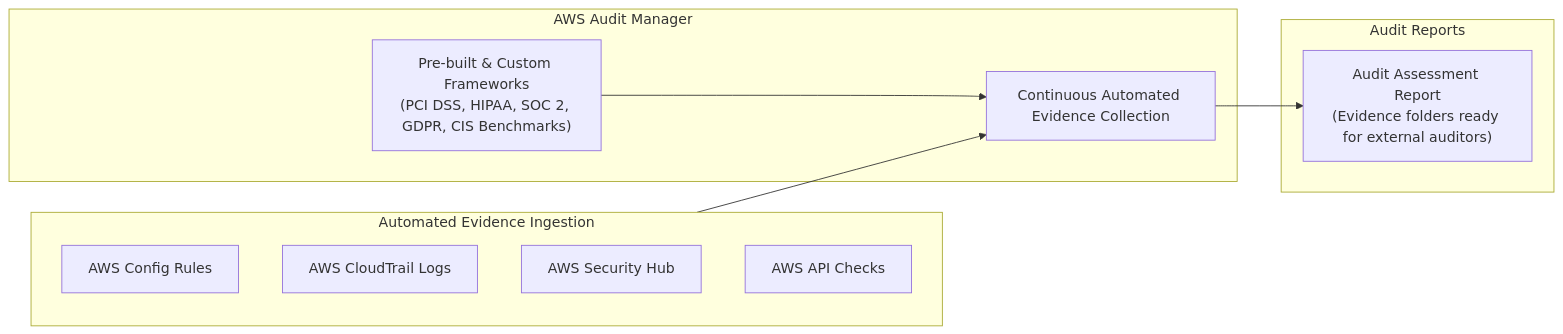
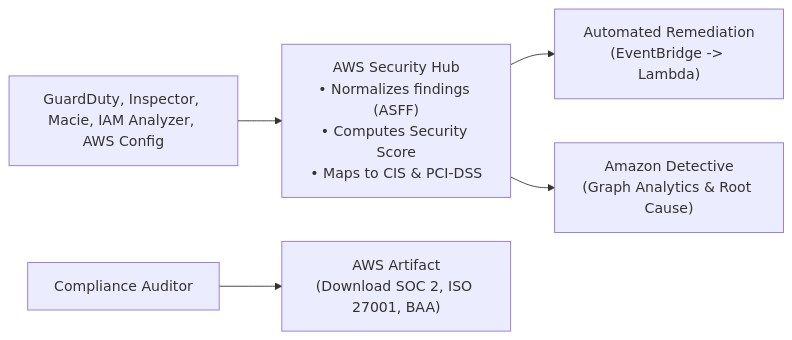
Before and after one commit to fakhruldeen/AWS: the third of 3 diagrams in Cloud/Practitioner/CLF-C02/06_Explanations/02_Security_and_Compliance/Threat_Detection_and_Compliance.md, drawn with Mermaid. The commit also changed other lines of this file and 18 other files, not shown here.

````diff
--- a/Cloud/Practitioner/CLF-C02/06_Explanations/02_Security_and_Compliance/Threat_Detection_and_Compliance.md
+++ b/Cloud/Practitioner/CLF-C02/06_Explanations/02_Security_and_Compliance/Threat_Detection_and_Compliance.md
@@ -167,22 +121,9 @@
 ```mermaid
 flowchart LR
-    subgraph EvidenceSources ["Automated Evidence Ingestion"]
-        Config["AWS Config Rules"]
-        CloudTrail["AWS CloudTrail Logs"]
-        SecurityHub["AWS Security Hub"]
-        APIs["AWS API Checks"]
-    end
-
-    subgraph AuditEngine ["AWS Audit Manager"]
-        Frameworks["Pre-built & Custom Frameworks\n(PCI DSS, HIPAA, SOC 2, GDPR, CIS Benchmarks)"]
-        Assessment["Continuous Automated Evidence Collection"]
-    end
-
-    subgraph Deliverables ["Audit Reports"]
-        Report["Audit Assessment Report\n(Evidence folders ready for external auditors)"]
-    end
-
-    EvidenceSources --> Assessment
-    Frameworks --> Assessment
-    Assessment --> Report
+    ScanSources["GuardDuty, Inspector, Macie, IAM Analyzer, AWS Config"] --> Hub["AWS Security Hub<br/>• Normalizes findings (ASFF)<br/>• Computes Security Score<br/>• Maps to CIS & PCI-DSS"]
+    
+    Hub --> Action["Automated Remediation<br/>(EventBridge -> Lambda)"]
+    Hub --> Investigate["Amazon Detective<br/>(Graph Analytics & Root Cause)"]
+    
+    Auditor["Compliance Auditor"] --> Artifact["AWS Artifact<br/>(Download SOC 2, ISO 27001, BAA)"]
 ```
````
